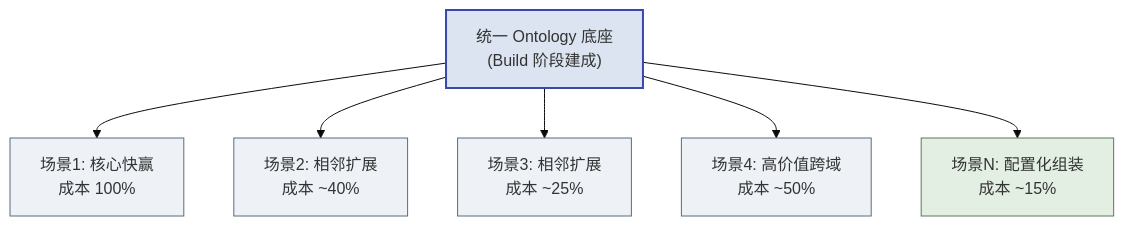
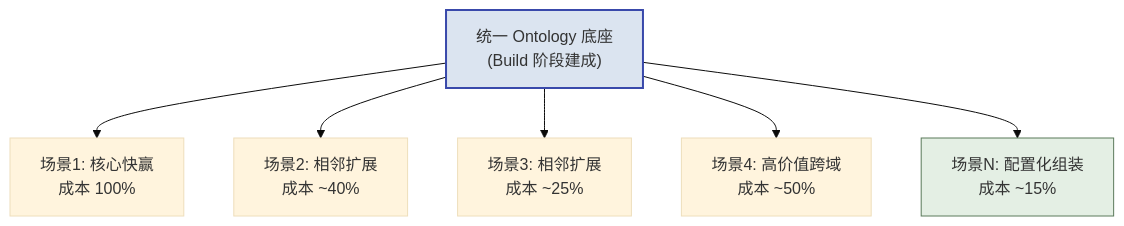
One commit to cloudzun/fde-course changed the diagram in textbook/第08章_Phase4_Scale.md. Above: the diagram before and after it, drawn with Mermaid (base theme). The commit also changed 10 other files, not shown here.

Commit message:
style: 全库mermaid配色统一以第11章为标准——删主色灰底style，仅保留强调蓝/琥珀金/绿/红四色点缀（40行，方向与第11章图不动）

````diff
--- a/textbook/第08章_Phase4_Scale.md
+++ b/textbook/第08章_Phase4_Scale.md
@@ -28,14 +28,12 @@
 ```mermaid
 graph TD
     onto["统一 Ontology 底座<br/>(Build 阶段建成)"]
     onto --> sc1["场景1: 核心快赢<br/>成本 100%"]
     onto --> sc2["场景2: 相邻扩展<br/>成本 ~40%"]
     onto --> sc3["场景3: 相邻扩展<br/>成本 ~25%"]
     onto --> sc4["场景4: 高价值跨域<br/>成本 ~50%"]
     onto --> sc5["场景N: 配置化组装<br/>成本 ~15%"]
 
     style onto fill:#dbe4f0,stroke:#3949ab,stroke-width:2px
-    classDef scMain fill:#eef2f7,stroke:#5a6b7f;
-    class sc1,sc2,sc3,sc4 scMain;
     style sc5 fill:#e4efe4,stroke:#5b7a5b
 ```
````
